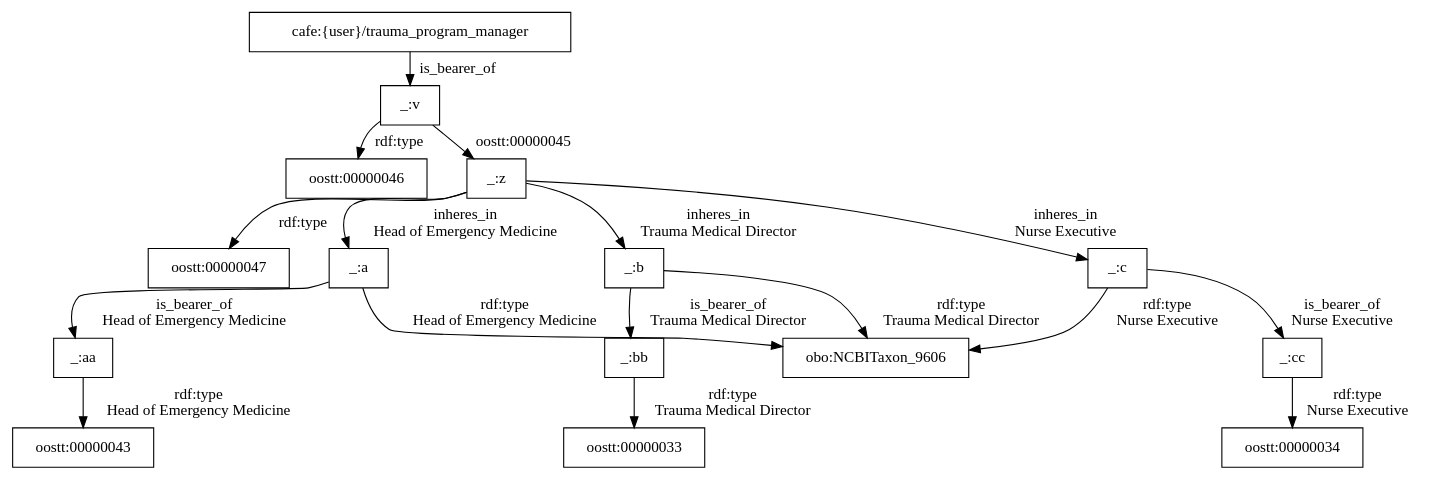
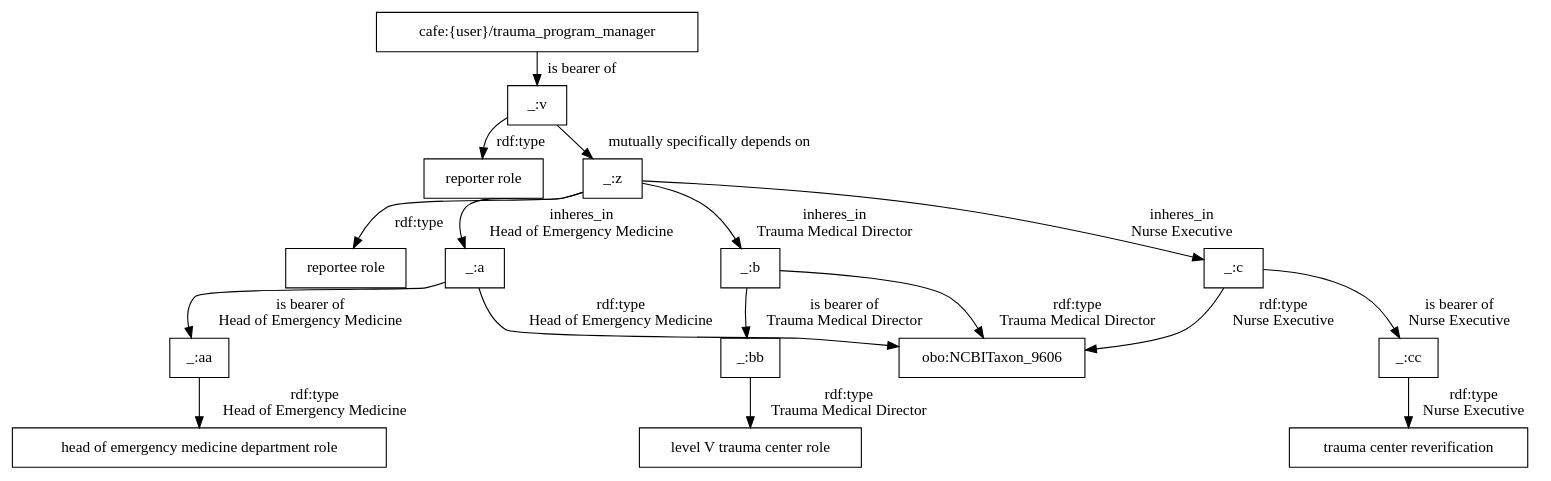
One commit to utecht/dideo-server changed the diagram in cafe/graphs/31.dot. Above: the diagram before and after it, drawn with Graphviz. The commit also changed 20 other files, not shown here.

Commit message:
more graph syntax

```diff
--- a/cafe/graphs/31.dot
+++ b/cafe/graphs/31.dot
@@ -1,31 +1,31 @@
 digraph g { node [shape=rectangle];
 graph [splines=true, nodesep=.5, ranksep=0, overlap=false];
-"cafe:{user}/trauma_program_manager" -> "_:v" [label="is_bearer_of"]
-"_:v" -> "oostt:00000046" [label="rdf:type"]
-"_:v" -> "_:z" [label="oostt:00000045"]
-"_:z" -> "oostt:00000047" [label="rdf:type"]
-"_:a" -> "_:aa" [label="is_bearer_of
+"cafe:{user}/trauma_program_manager" -> "_:v" [label="is bearer of"]
+"_:v" -> "reporter role" [label="rdf:type"]
+"_:v" -> "_:z" [label="mutually specifically depends on"]
+"_:z" -> "reportee role" [label="rdf:type"]
+"_:a" -> "_:aa" [label="is bearer of
 Head of Emergency Medicine"]
 "_:a" -> "obo:NCBITaxon_9606" [label="rdf:type
 Head of Emergency Medicine"]
-"_:aa" -> "oostt:00000043" [label="rdf:type
+"_:aa" -> "head of emergency medicine department role" [label="rdf:type
 Head of Emergency Medicine"]
-"_:bb" -> "oostt:00000033" [label="rdf:type
+"_:bb" -> "level V trauma center role" [label="rdf:type
 Trauma Medical Director"]
-"_:cc" -> "oostt:00000034" [label="rdf:type
+"_:cc" -> "trauma center reverification" [label="rdf:type
 Nurse Executive"]
-"_:b" -> "_:bb" [label="is_bearer_of
+"_:b" -> "_:bb" [label="is bearer of
 Trauma Medical Director"]
-"_:c" -> "_:cc" [label="is_bearer_of
+"_:c" -> "_:cc" [label="is bearer of
 Nurse Executive"]
 "_:b" -> "obo:NCBITaxon_9606" [label="rdf:type
 Trauma Medical Director"]
 "_:c" -> "obo:NCBITaxon_9606" [label="rdf:type
 Nurse Executive"]
 "_:z" -> "_:b" [label="inheres_in
 Trauma Medical Director"]
 "_:z" -> "_:c" [label="inheres_in
 Nurse Executive"]
 "_:z" -> "_:a" [label="inheres_in
 Head of Emergency Medicine"]
 }
```
